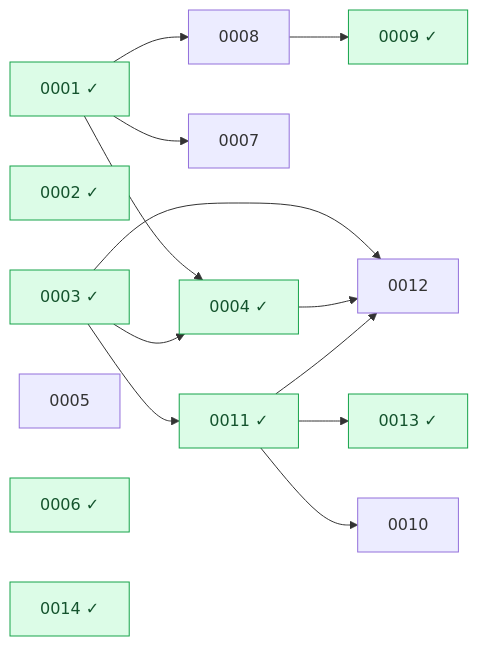
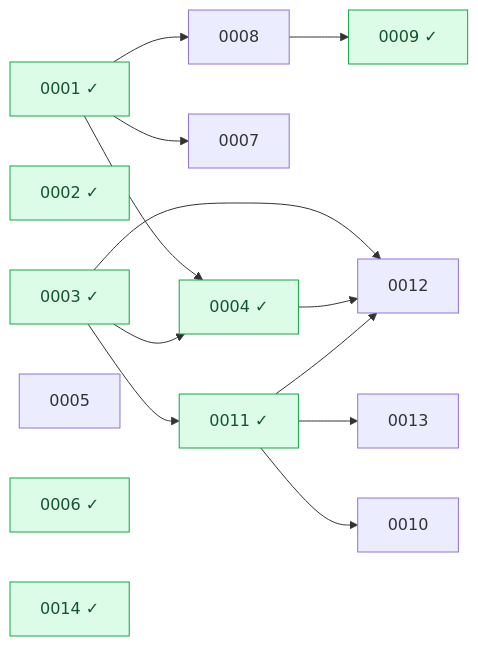
One commit to Heva-Co/piro changed the diagram in docs/rfcs/README.md. Above: the diagram before and after it, drawn with Mermaid. The commit also changed other lines of this file and 1 other file, not shown here.

````diff
--- a/docs/rfcs/README.md
+++ b/docs/rfcs/README.md
@@ -38,38 +38,37 @@
 ```mermaid
 graph LR
   n0001["0001 ✓"]
   n0002["0002 ✓"]
   n0003["0003 ✓"]
   n0004["0004 ✓"]
   n0005["0005"]
   n0006["0006 ✓"]
   n0007["0007"]
   n0008["0008"]
   n0009["0009 ✓"]
   n0010["0010"]
   n0011["0011 ✓"]
   n0012["0012"]
-  n0013["0013 ✓"]
+  n0013["0013"]
   n0014["0014 ✓"]
   n0001 --> n0004
   n0003 --> n0004
   n0001 --> n0007
   n0001 --> n0008
   n0008 --> n0009
   n0011 --> n0010
   n0003 --> n0011
   n0003 --> n0012
   n0004 --> n0012
   n0011 --> n0012
   n0011 --> n0013
   classDef done fill:#dcfce7,stroke:#16a34a,color:#14532d;
   class n0001 done;
   class n0002 done;
   class n0003 done;
   class n0004 done;
   class n0006 done;
   class n0009 done;
   class n0011 done;
-  class n0013 done;
   class n0014 done;
 ```
````
